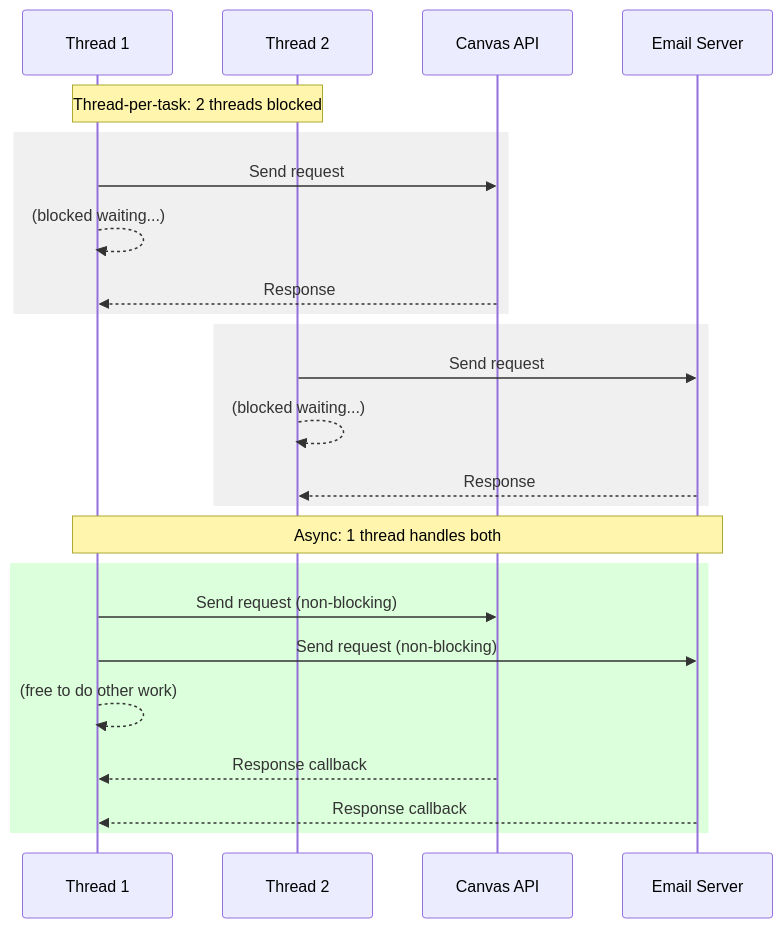
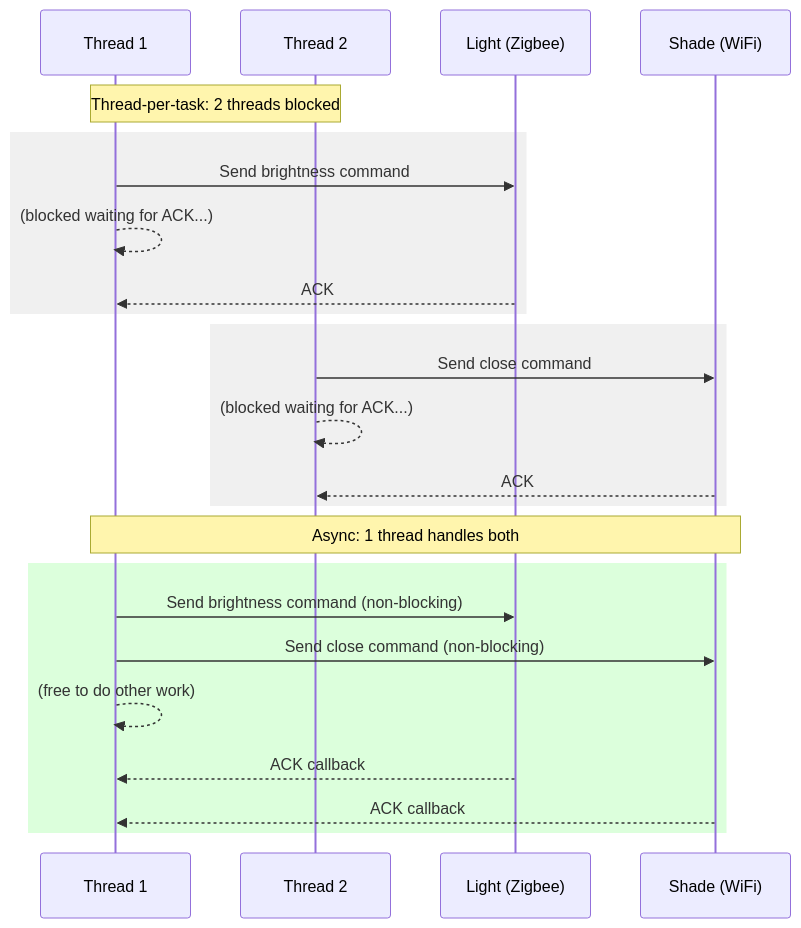
Before and after one commit to TuringProblem/cs3100-public-resources: the diagram in lecture-notes/l32-concurrency2.md, drawn with Mermaid. The commit also changed other lines of this file and 2 other files, not shown here.

````diff
--- a/lecture-notes/l32-concurrency2.md
+++ b/lecture-notes/l32-concurrency2.md
@@ -56,28 +53,28 @@
 ```mermaid
 sequenceDiagram
     participant T1 as Thread 1
     participant T2 as Thread 2
-    participant Canvas as Canvas API
-    participant Email as Email Server
-    
+    participant Light as Light (Zigbee)
+    participant Shade as Shade (WiFi)
+
     Note over T1,T2: Thread-per-task: 2 threads blocked
     rect rgb(240, 240, 240)
-        T1->>Canvas: Send request
-        T1-->>T1: (blocked waiting...)
-        Canvas-->>T1: Response
+        T1->>Light: Send brightness command
+        T1-->>T1: (blocked waiting for ACK...)
+        Light-->>T1: ACK
     end
     rect rgb(240, 240, 240)
-        T2->>Email: Send request  
-        T2-->>T2: (blocked waiting...)
-        Email-->>T2: Response
+        T2->>Shade: Send close command
+        T2-->>T2: (blocked waiting for ACK...)
+        Shade-->>T2: ACK
     end
-    
-    Note over T1,Email: Async: 1 thread handles both
+
+    Note over T1,Shade: Async: 1 thread handles both
     rect rgb(220, 255, 220)
-        T1->>Canvas: Send request (non-blocking)
-        T1->>Email: Send request (non-blocking)
+        T1->>Light: Send brightness command (non-blocking)
+        T1->>Shade: Send close command (non-blocking)
         T1-->>T1: (free to do other work)
-        Canvas-->>T1: Response callback
-        Email-->>T1: Response callback
+        Light-->>T1: ACK callback
+        Shade-->>T1: ACK callback
     end
 ```
````
